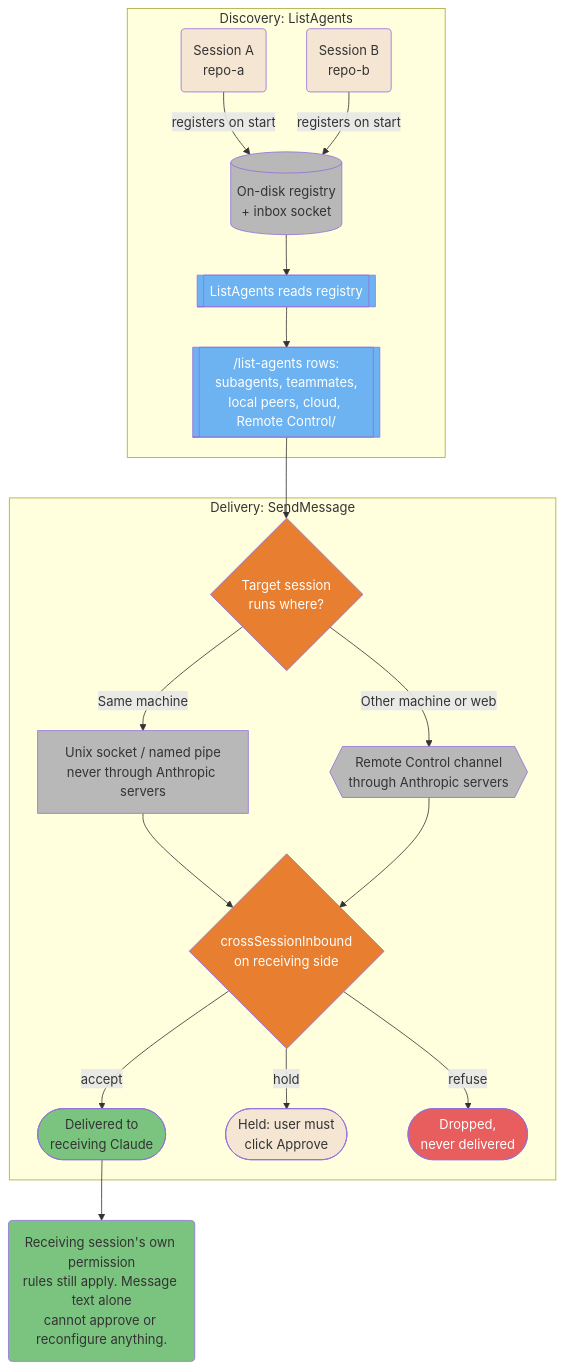
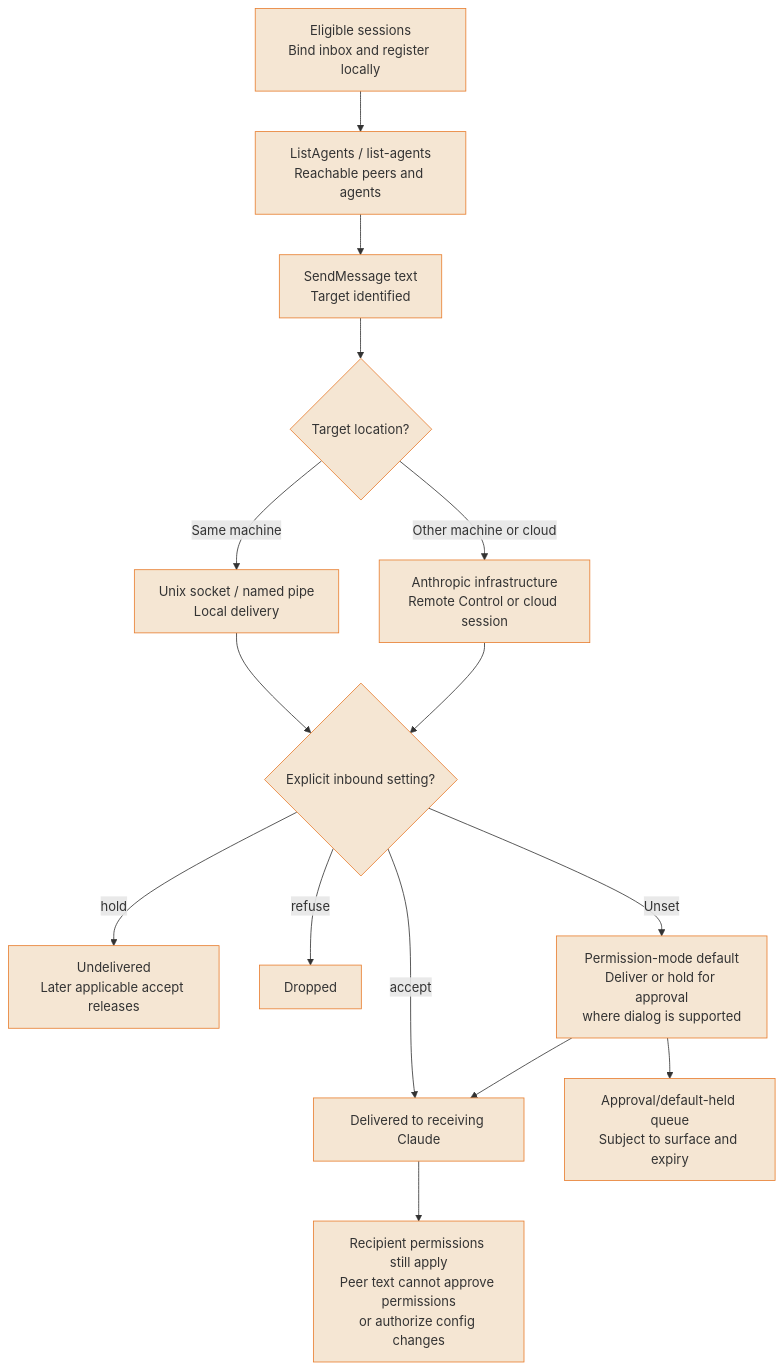
One commit to FlorianBruniaux/claude-code-ultimate-guide changed the sixth of 6 diagrams in guide/diagrams/07-multi-agent-patterns.md. Above: the diagram before and after it, drawn with Mermaid. The commit also changed other lines of this file and 17 other files, not shown here.

Commit message:
docs: refresh all diagrams and correct their source guidance

````diff
--- a/guide/diagrams/07-multi-agent-patterns.md
+++ b/guide/diagrams/07-multi-agent-patterns.md
@@ -351,50 +275,31 @@
 ```mermaid
 flowchart TD
-    subgraph DISCOVER["Discovery: ListAgents"]
-        SA(Session A<br/>repo-a) -->|registers on start| REG[(On-disk registry<br/>+ inbox socket)]
-        SB(Session B<br/>repo-b) -->|registers on start| REG
-        REG --> LA[[ListAgents reads registry]]
-        LA --> ROWS[[/list-agents rows:<br/>subagents, teammates,<br/>local peers, cloud, Remote Control/]]
-    end
-
-    subgraph DELIVER["Delivery: SendMessage"]
-        ROWS --> SM{Target session<br/>runs where?}
-        SM -->|Same machine| SOCK[Unix socket / named pipe<br/>never through Anthropic servers]
-        SM -->|Other machine or web| RC{{Remote Control channel<br/>through Anthropic servers}}
-        SOCK --> GATE{crossSessionInbound<br/>on receiving side}
-        RC --> GATE
-        GATE -->|accept| DELIVERED([Delivered to<br/>receiving Claude])
-        GATE -->|hold| HELD([Held: user must<br/>click Approve])
-        GATE -->|refuse| DROPPED([Dropped,<br/>never delivered])
-    end
-
-    DELIVERED --> BOUND(Receiving session's own permission<br/>rules still apply. Message text alone<br/>cannot approve or reconfigure anything.)
-
-    style SA fill:#F5E6D3,color:#333
-    style SB fill:#F5E6D3,color:#333
-    style REG fill:#B8B8B8,color:#333
-    style LA fill:#6DB3F2,color:#fff
-    style ROWS fill:#6DB3F2,color:#fff
-    style SM fill:#E87E2F,color:#fff
-    style SOCK fill:#B8B8B8,color:#333
-    style RC fill:#B8B8B8,color:#333
-    style GATE fill:#E87E2F,color:#fff
-    style DELIVERED fill:#7BC47F,color:#333
-    style HELD fill:#F5E6D3,color:#333
-    style DROPPED fill:#E85D5D,color:#fff
-    style BOUND fill:#7BC47F,color:#333
-
-    click SA href "https://github.com/FlorianBruniaux/claude-code-ultimate-guide/blob/main/guide/workflows/cross-session-messaging.md#2-discovery-listagents" "Session A"
-    click SB href "https://github.com/FlorianBruniaux/claude-code-ultimate-guide/blob/main/guide/workflows/cross-session-messaging.md#2-discovery-listagents" "Session B"
-    click REG href "https://github.com/FlorianBruniaux/claude-code-ultimate-guide/blob/main/guide/workflows/cross-session-messaging.md#5-the-sessions-inbox-socket" "On-disk registry"
-    click LA href "https://github.com/FlorianBruniaux/claude-code-ultimate-guide/blob/main/guide/workflows/cross-session-messaging.md#2-discovery-listagents" "ListAgents"
-    click ROWS href "https://github.com/FlorianBruniaux/claude-code-ultimate-guide/blob/main/guide/workflows/cross-session-messaging.md#2-discovery-listagents" "list-agents rows"
-    click SM href "https://github.com/FlorianBruniaux/claude-code-ultimate-guide/blob/main/guide/workflows/cross-session-messaging.md#4-same-machine-vs-cross-machine-delivery" "Target session runs where"
-    click SOCK href "https://github.com/FlorianBruniaux/claude-code-ultimate-guide/blob/main/guide/workflows/cross-session-messaging.md#4-same-machine-vs-cross-machine-delivery" "Same-machine socket"
-    click RC href "https://github.com/FlorianBruniaux/claude-code-ultimate-guide/blob/main/guide/workflows/cross-session-messaging.md#4-same-machine-vs-cross-machine-delivery" "Remote Control channel"
-    click GATE href "https://github.com/FlorianBruniaux/claude-code-ultimate-guide/blob/main/guide/workflows/cross-session-messaging.md#6-security-model" "crossSessionInbound"
-    click DELIVERED href "https://github.com/FlorianBruniaux/claude-code-ultimate-guide/blob/main/guide/workflows/cross-session-messaging.md#6-security-model" "Delivered"
-    click HELD href "https://github.com/FlorianBruniaux/claude-code-ultimate-guide/blob/main/guide/workflows/cross-session-messaging.md#6-security-model" "Held"
-    click DROPPED href "https://github.com/FlorianBruniaux/claude-code-ultimate-guide/blob/main/guide/workflows/cross-session-messaging.md#6-security-model" "Dropped"
-    click BOUND href "https://github.com/FlorianBruniaux/claude-code-ultimate-guide/blob/main/guide/workflows/cross-session-messaging.md#6-security-model" "Permission boundary"
+    SESSIONS["Eligible sessions<br/>Bind inbox and register locally"] --> LIST["ListAgents / list-agents<br/>Reachable peers and agents"]
+    LIST --> SEND["SendMessage text<br/>Target identified"]
+    SEND --> WHERE{"Target location?"}
+    WHERE -->|Same machine| LOCAL["Unix socket / named pipe<br/>Local delivery"]
+    WHERE -->|Other machine or cloud| REMOTE["Anthropic infrastructure<br/>Remote Control or cloud session"]
+    LOCAL --> SETTING{"Explicit inbound setting?"}
+    REMOTE --> SETTING
+    SETTING -->|accept| DELIVER["Delivered to receiving Claude"]
+    SETTING -->|hold| HOLD["Undelivered<br/>Later applicable accept releases"]
+    SETTING -->|refuse| DROP["Dropped"]
+    SETTING -->|Unset| DEFAULT["Permission-mode default<br/>Deliver or hold for approval<br/>where dialog is supported"]
+    DEFAULT --> DELIVER
+    DEFAULT --> WAIT["Approval/default-held queue<br/>Subject to surface and expiry"]
+    DELIVER --> BOUND["Recipient permissions still apply<br/>Peer text cannot approve permissions<br/>or authorize config changes"]
+    classDef default fill:#F5E6D3,color:#333,stroke:#E87E2F
+    click SESSIONS href "https://github.com/FlorianBruniaux/claude-code-ultimate-guide/blob/main/guide/workflows/cross-session-messaging.md" "View this pattern in the guide"
+    click LIST href "https://github.com/FlorianBruniaux/claude-code-ultimate-guide/blob/main/guide/workflows/cross-session-messaging.md" "View this pattern in the guide"
+    click SEND href "https://github.com/FlorianBruniaux/claude-code-ultimate-guide/blob/main/guide/workflows/cross-session-messaging.md" "View this pattern in the guide"
+    click WHERE href "https://github.com/FlorianBruniaux/claude-code-ultimate-guide/blob/main/guide/workflows/cross-session-messaging.md" "View this pattern in the guide"
+    click LOCAL href "https://github.com/FlorianBruniaux/claude-code-ultimate-guide/blob/main/guide/workflows/cross-session-messaging.md" "View this pattern in the guide"
+    click REMOTE href "https://github.com/FlorianBruniaux/claude-code-ultimate-guide/blob/main/guide/workflows/cross-session-messaging.md" "View this pattern in the guide"
+    click SETTING href "https://github.com/FlorianBruniaux/claude-code-ultimate-guide/blob/main/guide/workflows/cross-session-messaging.md" "View this pattern in the guide"
+    click DELIVER href "https://github.com/FlorianBruniaux/claude-code-ultimate-guide/blob/main/guide/workflows/cross-session-messaging.md" "View this pattern in the guide"
+    click HOLD href "https://github.com/FlorianBruniaux/claude-code-ultimate-guide/blob/main/guide/workflows/cross-session-messaging.md" "View this pattern in the guide"
+    click DROP href "https://github.com/FlorianBruniaux/claude-code-ultimate-guide/blob/main/guide/workflows/cross-session-messaging.md" "View this pattern in the guide"
+    click DEFAULT href "https://github.com/FlorianBruniaux/claude-code-ultimate-guide/blob/main/guide/workflows/cross-session-messaging.md" "View this pattern in the guide"
+    click WAIT href "https://github.com/FlorianBruniaux/claude-code-ultimate-guide/blob/main/guide/workflows/cross-session-messaging.md" "View this pattern in the guide"
+    click BOUND href "https://github.com/FlorianBruniaux/claude-code-ultimate-guide/blob/main/guide/workflows/cross-session-messaging.md" "View this pattern in the guide"
 ```
````
